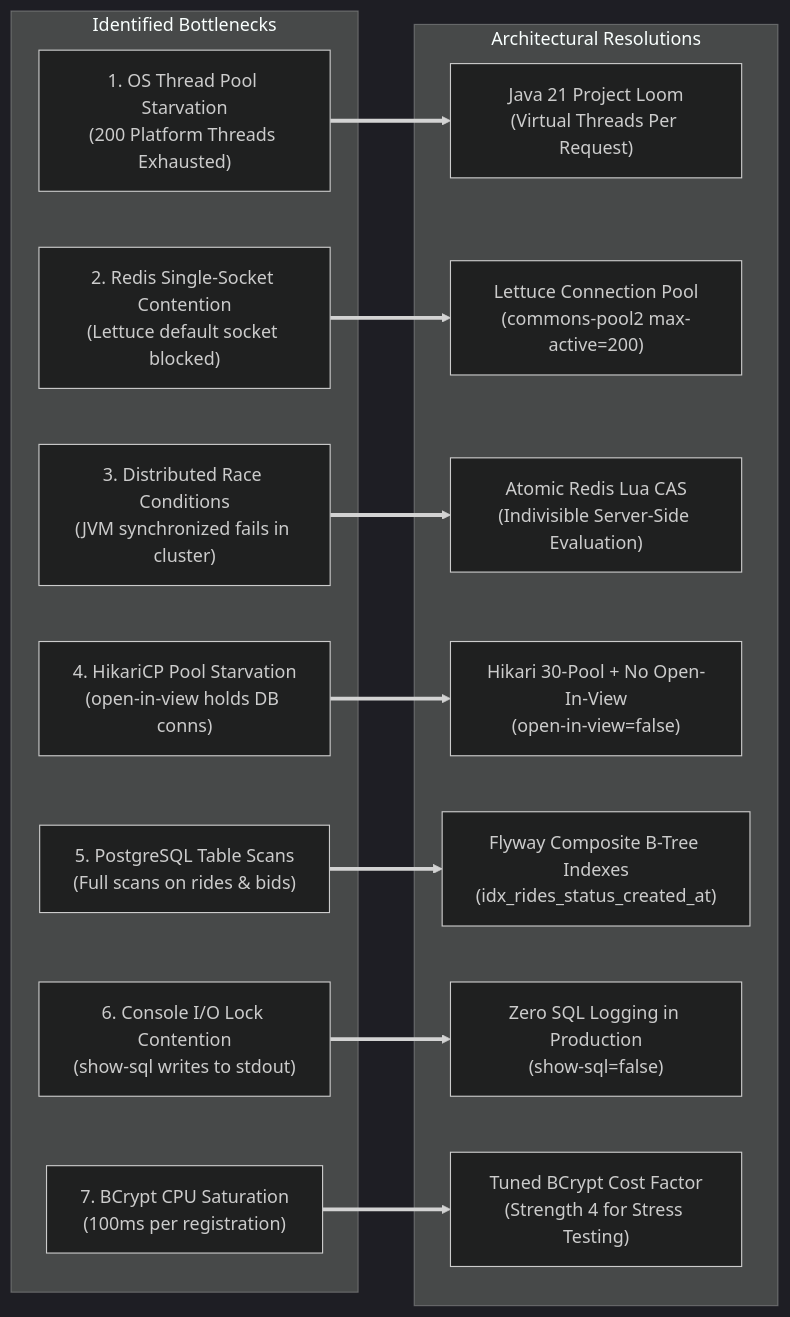
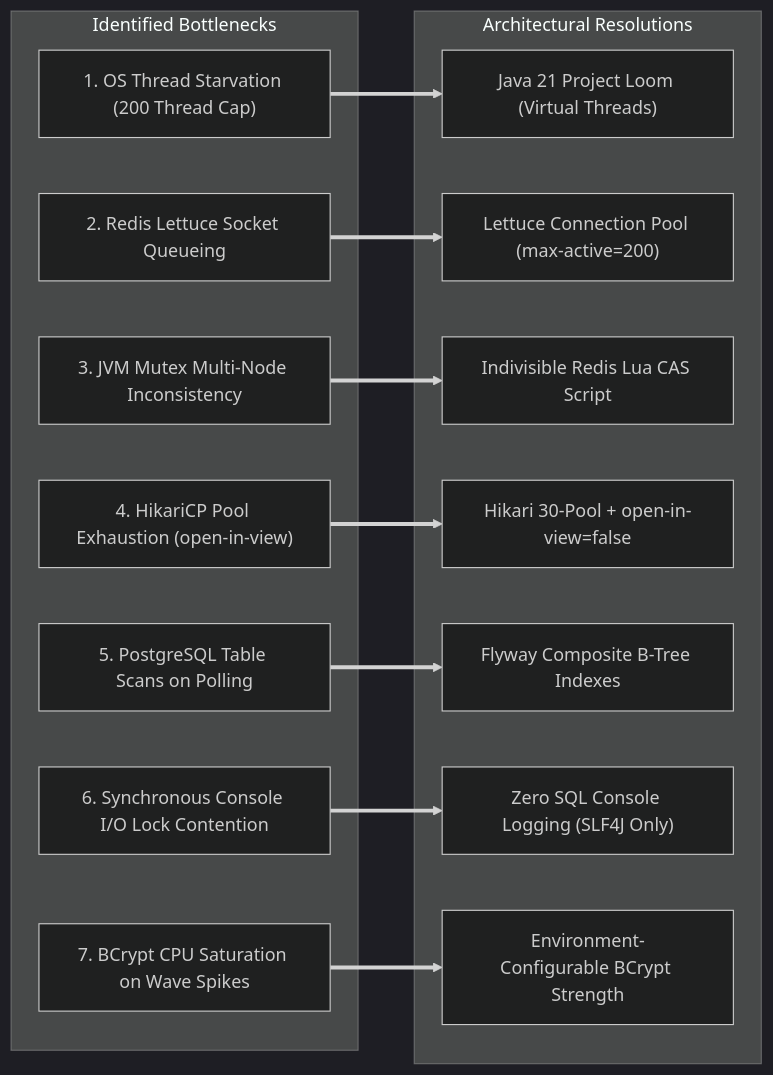
Before and after one commit to kasi8888-code/BidDrive-Core: the second of 2 diagrams in README.md, drawn with Mermaid (dark theme). The commit also changed other lines of this file, not shown here.

Commit message:
docs: overhaul README with modular monolith architecture, full k6 load test results, and Android-first priority

````diff
--- a/README.md
+++ b/README.md
@@ -161,30 +157,30 @@
 ```mermaid
 graph LR
-    subgraph Bottlenecks ["Identified Bottlenecks"]
-        B1["1. OS Thread Pool Starvation<br/>(200 Platform Threads Exhausted)"]
-        B2["2. Redis Single-Socket Contention<br/>(Lettuce default socket blocked)"]
-        B3["3. Distributed Race Conditions<br/>(JVM synchronized fails in cluster)"]
-        B4["4. HikariCP Pool Starvation<br/>(open-in-view holds DB conns)"]
-        B5["5. PostgreSQL Table Scans<br/>(Full scans on rides & bids)"]
-        B6["6. Console I/O Lock Contention<br/>(show-sql writes to stdout)"]
-        B7["7. BCrypt CPU Saturation<br/>(100ms per registration)"]
+    subgraph Identified ["Identified Bottlenecks"]
+        B1["1. OS Thread Starvation (200 Thread Cap)"]
+        B2["2. Redis Lettuce Socket Queueing"]
+        B3["3. JVM Mutex Multi-Node Inconsistency"]
+        B4["4. HikariCP Pool Exhaustion (open-in-view)"]
+        B5["5. PostgreSQL Table Scans on Polling"]
+        B6["6. Synchronous Console I/O Lock Contention"]
+        B7["7. BCrypt CPU Saturation on Wave Spikes"]
     end
 
     subgraph Solutions ["Architectural Resolutions"]
-        S1["Java 21 Project Loom<br/>(Virtual Threads Per Request)"]
-        S2["Lettuce Connection Pool<br/>(commons-pool2 max-active=200)"]
-        S3["Atomic Redis Lua CAS<br/>(Indivisible Server-Side Evaluation)"]
-        S4["Hikari 30-Pool + No Open-In-View<br/>(open-in-view=false)"]
-        S5["Flyway Composite B-Tree Indexes<br/>(idx_rides_status_created_at)"]
-        S6["Zero SQL Logging in Production<br/>(show-sql=false)"]
-        S7["Tuned BCrypt Cost Factor<br/>(Strength 4 for Stress Testing)"]
+        S1["Java 21 Project Loom (Virtual Threads)"]
+        S2["Lettuce Connection Pool (max-active=200)"]
+        S3["Indivisible Redis Lua CAS Script"]
+        S4["Hikari 30-Pool + open-in-view=false"]
+        S5["Flyway Composite B-Tree Indexes"]
+        S6["Zero SQL Console Logging (SLF4J Only)"]
+        S7["Environment-Configurable BCrypt Strength"]
     end
 
     B1 ==> S1
     B2 ==> S2
     B3 ==> S3
     B4 ==> S4
     B5 ==> S5
     B6 ==> S6
     B7 ==> S7
 ```
````
